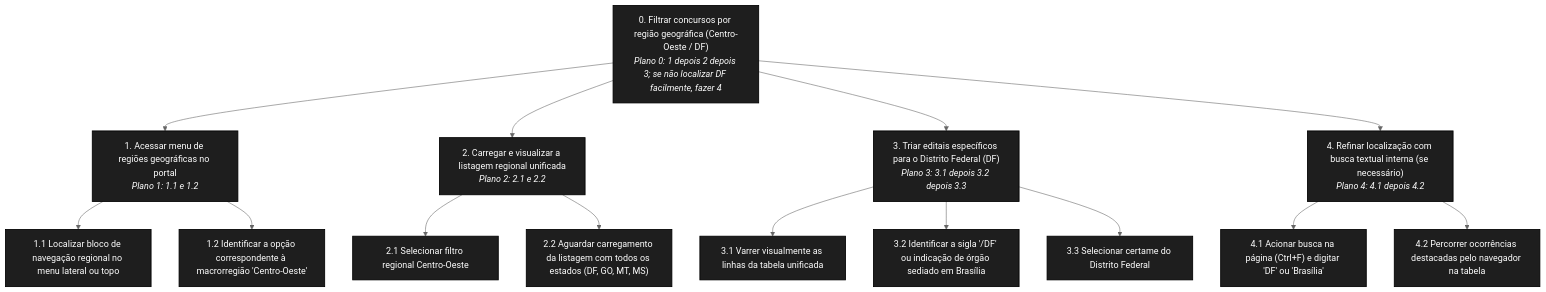
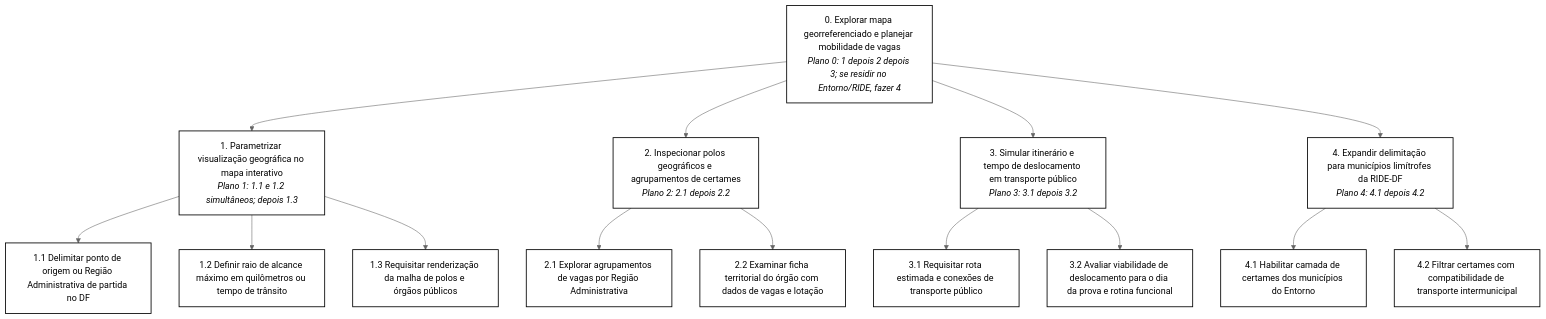
The third of 8 diagrams in docs/analise-de-requisitos/analise-de-tarefas/hta.md (Interacao-Humano-Computador/2026.2-Grupo07), drawn with Mermaid (neutral theme) before and after one commit. The commit also changed other lines of this file and 7 other files, not shown here.

````diff
--- a/docs/analise-de-requisitos/analise-de-tarefas/hta.md
+++ b/docs/analise-de-requisitos/analise-de-tarefas/hta.md
@@ -268,40 +303,40 @@
 ```mermaid
 flowchart TD
-    classDef default fill:#1e1e1e,stroke:#000000,stroke-width:1.5px,color:#ffffff;
-    T0["0. Filtrar concursos por região geográfica (Centro-Oeste / DF)<br><i>Plano 0: 1 depois 2 depois 3; se não localizar DF facilmente, fazer 4</i>"]
+    classDef default fill:#ffffff,stroke:#000000,stroke-width:1.5px,color:#000000;
+    T0["0. Explorar mapa georreferenciado e planejar mobilidade de vagas<br><i>Plano 0: 1 depois 2 depois 3; se residir no Entorno/RIDE, fazer 4</i>"]
     
-    T1["1. Acessar menu de regiões geográficas no portal<br><i>Plano 1: 1.1 e 1.2</i>"]
-    T11["1.1 Localizar bloco de navegação regional no menu lateral ou topo"]
-    T12["1.2 Identificar a opção correspondente à macrorregião 'Centro-Oeste'"]
+    T1["1. Parametrizar visualização geográfica no mapa interativo<br><i>Plano 1: 1.1 e 1.2 simultâneos; depois 1.3</i>"]
+    T11["1.1 Delimitar ponto de origem ou Região Administrativa de partida no DF"]
+    T12["1.2 Definir raio de alcance máximo em quilômetros ou tempo de trânsito"]
+    T13["1.3 Requisitar renderização da malha de polos e órgãos públicos"]
     
-    T2["2. Carregar e visualizar a listagem regional unificada<br><i>Plano 2: 2.1 e 2.2</i>"]
-    T21["2.1 Selecionar filtro regional Centro-Oeste"]
-    T22["2.2 Aguardar carregamento da listagem com todos os estados (DF, GO, MT, MS)"]
+    T2["2. Inspecionar polos geográficos e agrupamentos de certames<br><i>Plano 2: 2.1 depois 2.2</i>"]
+    T21["2.1 Explorar agrupamentos de vagas por Região Administrativa"]
+    T22["2.2 Examinar ficha territorial do órgão com dados de vagas e lotação"]
     
-    T3["3. Triar editais específicos para o Distrito Federal (DF)<br><i>Plano 3: 3.1 depois 3.2 depois 3.3</i>"]
-    T31["3.1 Varrer visualmente as linhas da tabela unificada"]
-    T32["3.2 Identificar a sigla '/DF' ou indicação de órgão sediado em Brasília"]
-    T33["3.3 Selecionar certame do Distrito Federal"]
+    T3["3. Simular itinerário e tempo de deslocamento em transporte público<br><i>Plano 3: 3.1 depois 3.2</i>"]
+    T31["3.1 Requisitar rota estimada e conexões de transporte público"]
+    T32["3.2 Avaliar viabilidade de deslocamento para o dia da prova e rotina funcional"]
     
-    T4["4. Refinar localização com busca textual interna (se necessário)<br><i>Plano 4: 4.1 depois 4.2</i>"]
-    T41["4.1 Acionar busca na página (Ctrl+F) e digitar 'DF' ou 'Brasília'"]
-    T42["4.2 Percorrer ocorrências destacadas pelo navegador na tabela"]
+    T4["4. Expandir delimitação para municípios limítrofes da RIDE-DF<br><i>Plano 4: 4.1 depois 4.2</i>"]
+    T41["4.1 Habilitar camada de certames dos municípios do Entorno"]
+    T42["4.2 Filtrar certames com compatibilidade de transporte intermunicipal"]
 
     T0 --> T1
     T0 --> T2
     T0 --> T3
     T0 --> T4
     
     T1 --> T11
     T1 --> T12
+    T1 --> T13
     
     T2 --> T21
     T2 --> T22
     
     T3 --> T31
     T3 --> T32
-    T3 --> T33
     
     T4 --> T41
     T4 --> T42
 ```
````
